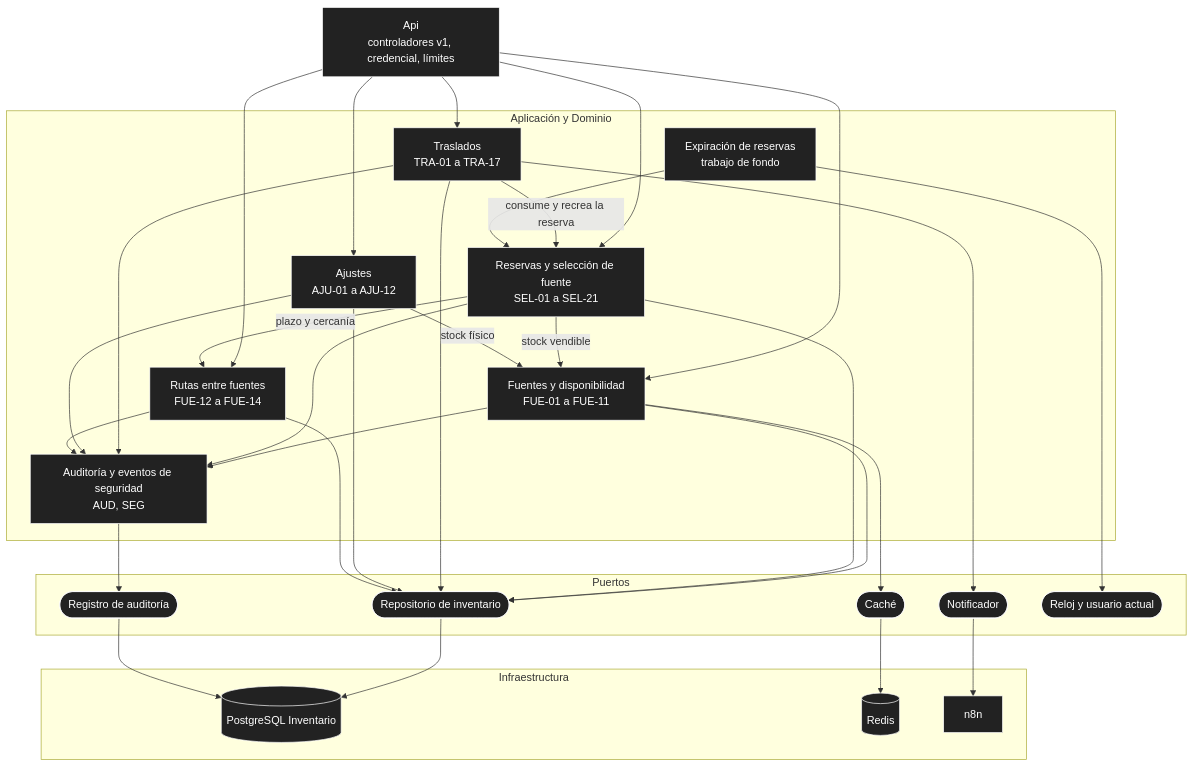
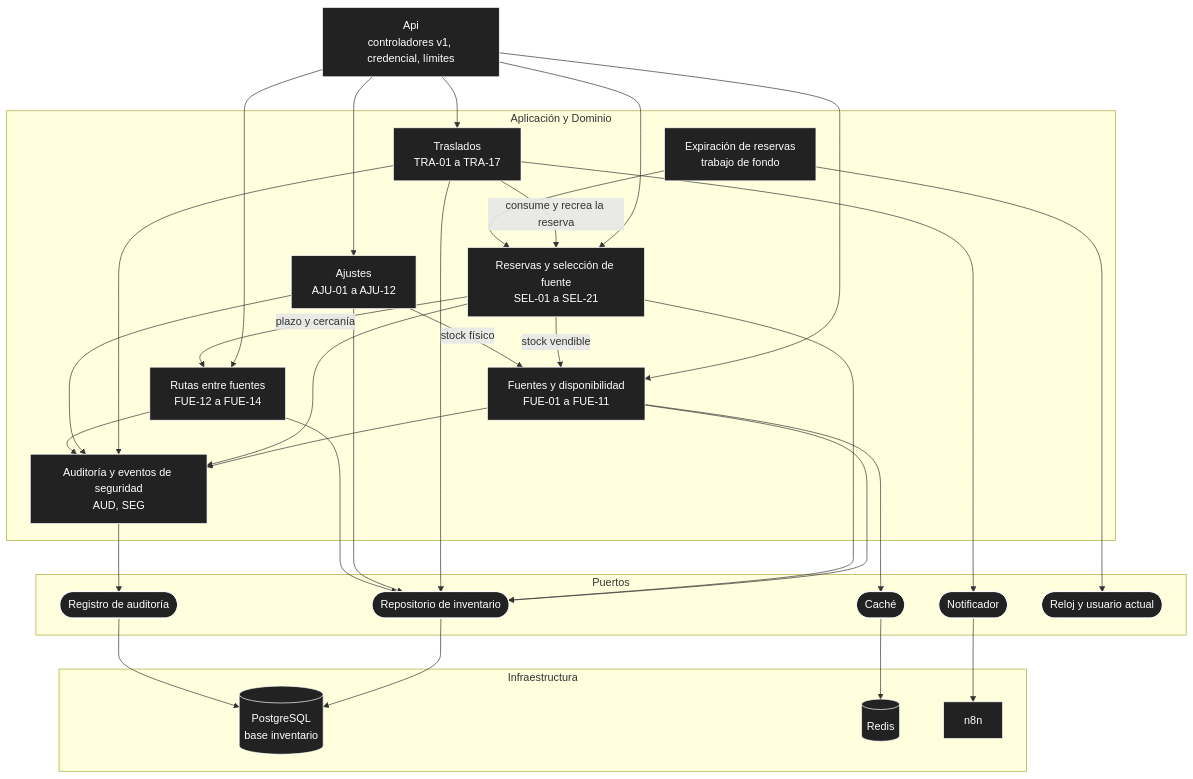
Before and after one commit to P35C4D0R4B1050/BabelHub: the first of 5 diagrams in docs/04-modelo-c4/02-componentes.md, drawn with Mermaid. The commit also changed other lines of this file and 24 other files, not shown here.

````diff
--- a/docs/04-modelo-c4/02-componentes.md
+++ b/docs/04-modelo-c4/02-componentes.md
@@ -7,60 +7,60 @@
 ```mermaid
 flowchart TD
 API["Api<br/>controladores v1, credencial, límites"]
 
 subgraph APL["Aplicación y Dominio"]
 FUE["Fuentes y disponibilidad<br/>FUE-01 a FUE-11"]
 RUT["Rutas entre fuentes<br/>FUE-12 a FUE-14"]
 RES["Reservas y selección de fuente<br/>SEL-01 a SEL-21"]
 TRA["Traslados<br/>TRA-01 a TRA-17"]
 AJU["Ajustes<br/>AJU-01 a AJU-12"]
 EXP["Expiración de reservas<br/>trabajo de fondo"]
 AUD["Auditoría y eventos de seguridad<br/>AUD, SEG"]
 end
 
 subgraph PUE["Puertos"]
 PR(["Repositorio de inventario"])
 PC(["Caché"])
 PN(["Notificador"])
 PA(["Registro de auditoría"])
 PT(["Reloj y usuario actual"])
 end
 
 subgraph INF["Infraestructura"]
-DB[("PostgreSQL Inventario")]
+DB[("PostgreSQL<br/>base inventario")]
 RE[("Redis")]
 N8["n8n"]
 end
 
 API --> FUE
 API --> RES
 API --> TRA
 API --> AJU
 API --> RUT
 RES -->|"stock vendible"| FUE
 RES -->|"plazo y cercanía"| RUT
 TRA -->|"consume y recrea la reserva"| RES
 AJU -->|"stock físico"| FUE
 EXP --> RES
 FUE --> PR
 RES --> PR
 TRA --> PR
 AJU --> PR
 RUT --> PR
 FUE --> PC
 TRA --> PN
 FUE --> AUD
 RES --> AUD
 TRA --> AUD
 AJU --> AUD
 RUT --> AUD
 AUD --> PA
 EXP --> PT
 PR --> DB
 PA --> DB
 PC --> RE
 PN --> N8
 
 classDef n fill:#222,stroke:#fff,color:#fff
 class API,FUE,RUT,RES,TRA,AJU,EXP,AUD,PR,PC,PN,PA,PT,DB,RE,N8 n
 ```
````
